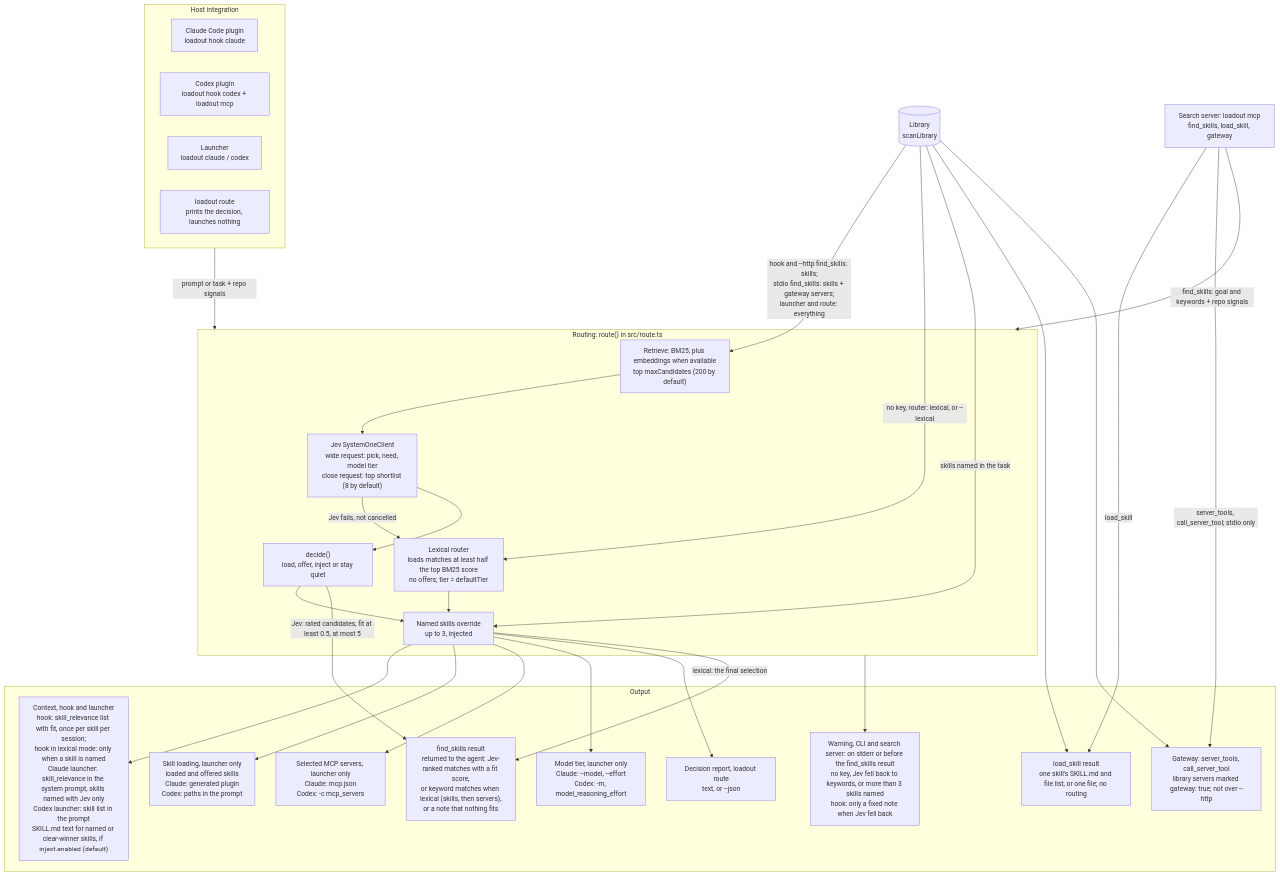
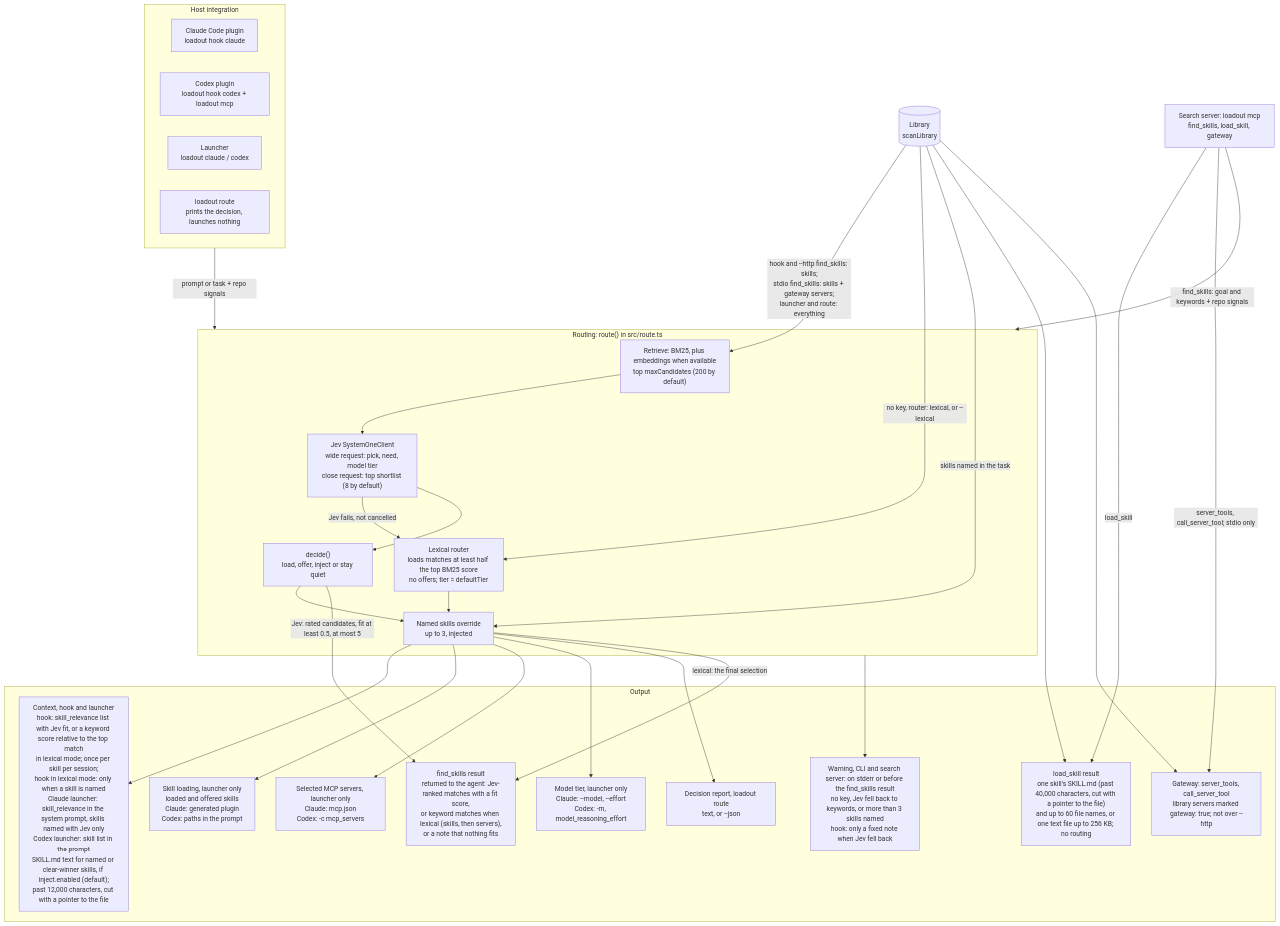
The diagram in DESIGN.md (erik-hedstrom/loadout), drawn with Mermaid before and after one commit.

Commit message:
E6: lexical hook scores and the SKILL.md size caps in the diagram
Codex round 14 on #29:
- The hook's skill_relevance list shows Jev fit, or in lexical mode a
  keyword score relative to the top match (src/hook.ts, lexicalDecision).
- load_skill cuts SKILL.md past 40,000 characters with a pointer to the
  file; it lists up to 60 files and reads one text file up to 256 KB.
- The same cap applies to injected context: past 12,000 characters
  (INJECT_MAX_CHARS).

Claude-Session: https://claude.ai/code/session_01HuyR49tfEGYja23caRY2JK

````diff
--- a/DESIGN.md
+++ b/DESIGN.md
@@ -29,56 +29,56 @@
 ```mermaid
 flowchart TB
     subgraph host["Host integration"]
         CH["Claude Code plugin<br/>loadout hook claude"]
         XH["Codex plugin<br/>loadout hook codex + loadout mcp"]
         LA["Launcher<br/>loadout claude / codex"]
         RT["loadout route<br/>prints the decision, launches nothing"]
     end
 
     MS["Search server: loadout mcp<br/>find_skills, load_skill, gateway"]
 
     LIB[("Library<br/>scanLibrary")]
 
     subgraph routing["Routing: route() in src/route.ts"]
         RET["Retrieve: BM25, plus embeddings when available<br/>top maxCandidates (200 by default)"]
         JEV["Jev SystemOneClient<br/>wide request: pick, need, model tier<br/>close request: top shortlist (8 by default)"]
         DEC["decide()<br/>load, offer, inject or stay quiet"]
         LEX["Lexical router<br/>loads matches at least half the top BM25 score<br/>no offers; tier = defaultTier"]
         MEN["Named skills override<br/>up to 3, injected"]
         RET --> JEV
         JEV -->|"Jev fails, not cancelled"| LEX
         JEV --> DEC
         DEC --> MEN
         LEX --> MEN
     end
 
     subgraph out["Output"]
-        CTX["Context, hook and launcher<br/>hook: skill_relevance list with fit, once per skill per session;<br/>hook in lexical mode: only when a skill is named<br/>Claude launcher: skill_relevance in the system prompt, skills named with Jev only<br/>Codex launcher: skill list in the prompt<br/>SKILL.md text for named or clear-winner skills, if inject.enabled (default)"]
+        CTX["Context, hook and launcher<br/>hook: skill_relevance list with Jev fit, or a keyword score relative to the top match<br/>in lexical mode; once per skill per session;<br/>hook in lexical mode: only when a skill is named<br/>Claude launcher: skill_relevance in the system prompt, skills named with Jev only<br/>Codex launcher: skill list in the prompt<br/>SKILL.md text for named or clear-winner skills, if inject.enabled (default);<br/>past 12,000 characters, cut with a pointer to the file"]
         SKL["Skill loading, launcher only<br/>loaded and offered skills<br/>Claude: generated plugin<br/>Codex: paths in the prompt"]
         MCPS["Selected MCP servers, launcher only<br/>Claude: mcp.json<br/>Codex: -c mcp_servers"]
         TIER["Model tier, launcher only<br/>Claude: --model, --effort<br/>Codex: -m, model_reasoning_effort"]
         FSR["find_skills result<br/>returned to the agent: Jev-ranked matches with a fit score,<br/>or keyword matches when lexical (skills, then servers),<br/>or a note that nothing fits"]
-        LS["load_skill result<br/>one skill's SKILL.md and file list, or one file; no routing"]
+        LS["load_skill result<br/>one skill's SKILL.md (past 40,000 characters, cut with a pointer to the file)<br/>and up to 60 file names, or one text file up to 256 KB; no routing"]
         GW["Gateway: server_tools, call_server_tool<br/>library servers marked gateway: true; not over --http"]
         WARN["Warning, CLI and search server: on stderr or before the find_skills result<br/>no key, Jev fell back to keywords, or more than 3 skills named<br/>hook: only a fixed note when Jev fell back"]
         DR["Decision report, loadout route<br/>text, or --json"]
     end
 
     host -->|"prompt or task + repo signals"| routing
     MS -->|"find_skills: goal and keywords + repo signals"| routing
     MS -->|"load_skill"| LS
     MS -->|"server_tools, call_server_tool; stdio only"| GW
     LIB -->|"hook and --http find_skills: skills;<br/>stdio find_skills: skills + gateway servers;<br/>launcher and route: everything"| RET
     LIB -->|"no key, router: lexical, or --lexical"| LEX
     LIB -->|"skills named in the task"| MEN
     LIB --> LS
     LIB --> GW
     MEN --> CTX
     MEN --> SKL
     MEN --> MCPS
     MEN --> TIER
     MEN --> DR
     DEC -->|"Jev: rated candidates, fit at least 0.5, at most 5"| FSR
     MEN -->|"lexical: the final selection"| FSR
     routing --> WARN
 ```
````
